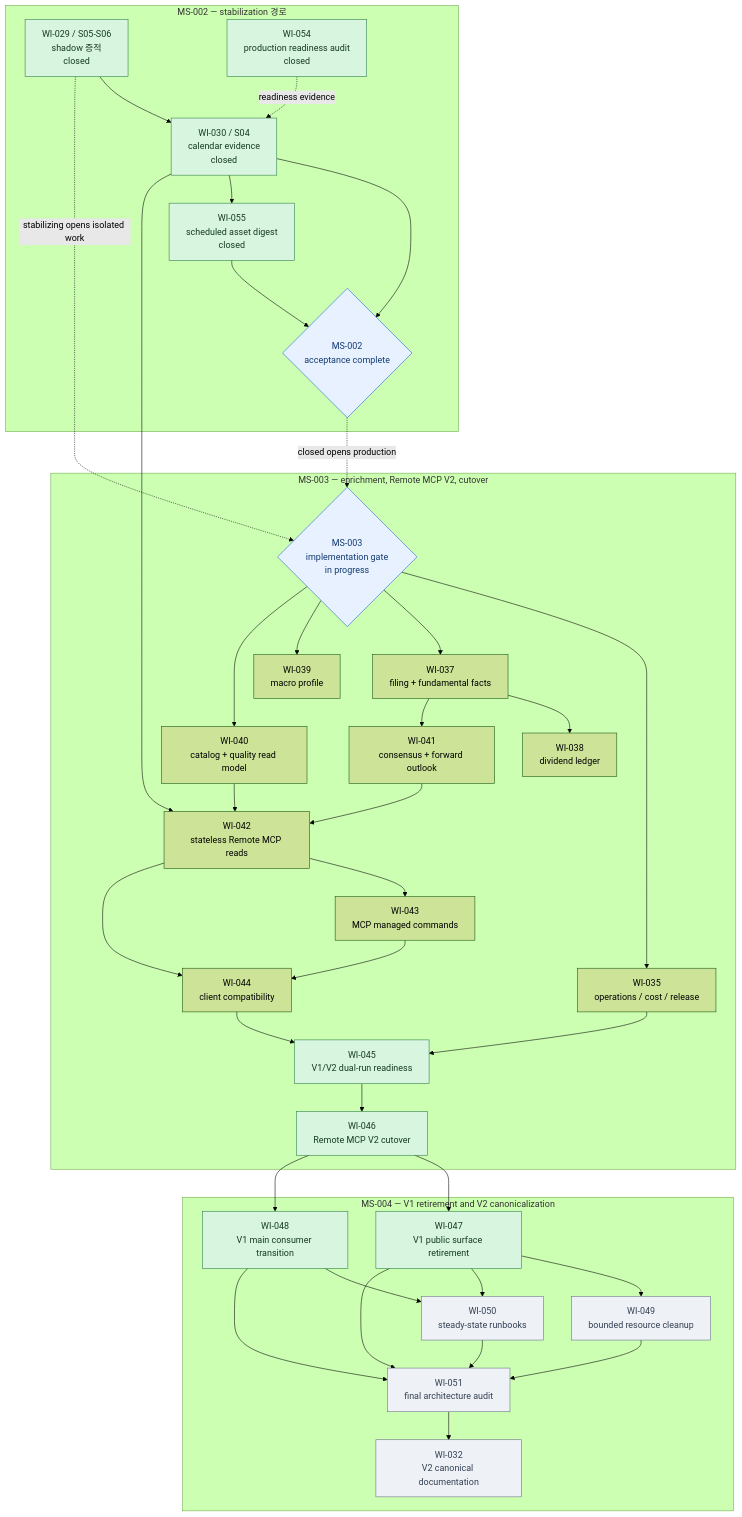
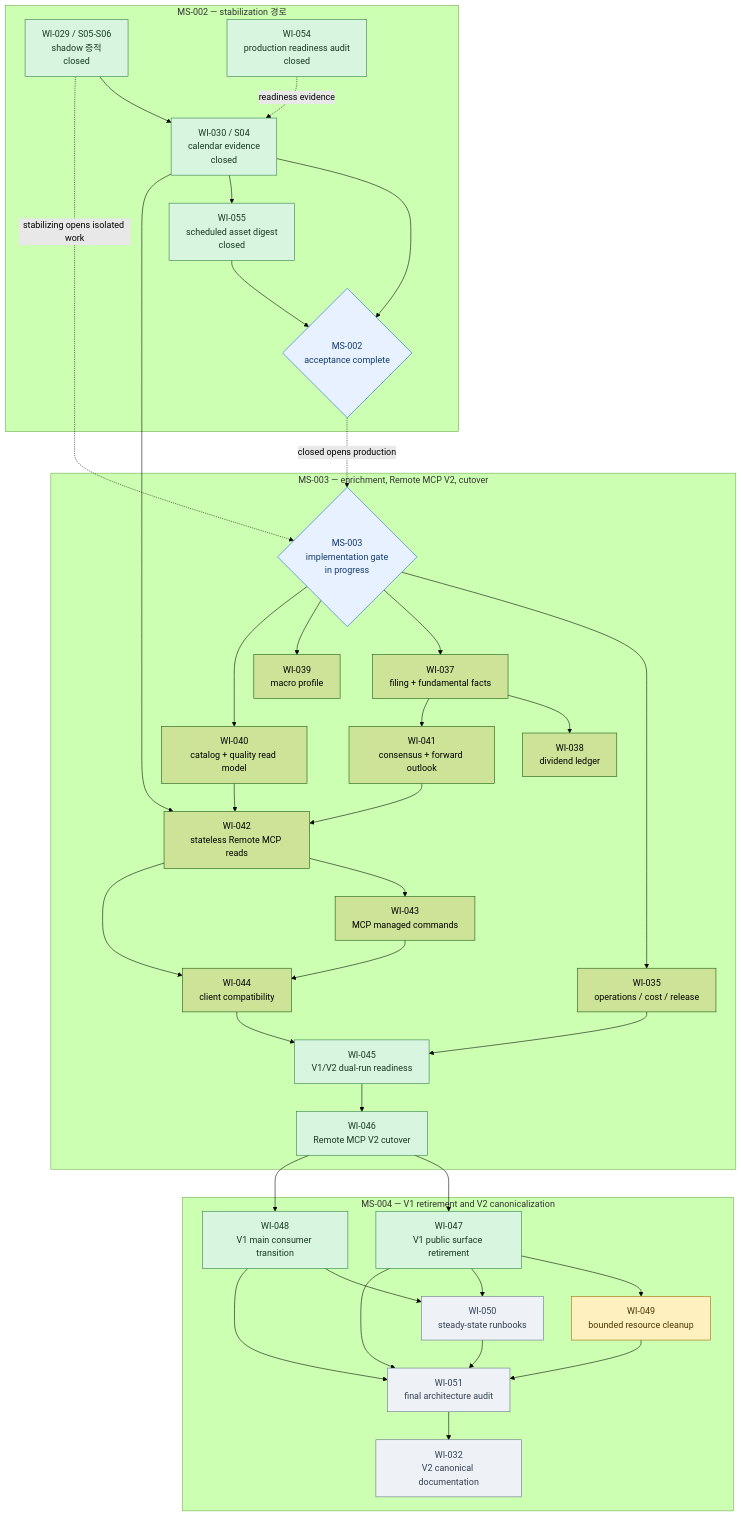
The third of 3 diagrams in docs/milestones/README.md (meringue5/KIS_Portfolio_MCP), drawn with Mermaid (forest theme) before and after one commit. The commit also changed other lines of this file and 11 other files, not shown here.

````diff
--- a/docs/milestones/README.md
+++ b/docs/milestones/README.md
@@ -142,80 +142,81 @@
 ```mermaid
 flowchart TB
     subgraph M2["MS-002 — stabilization 경로"]
         W29["WI-029 / S05-S06<br/>shadow 증적<br/>closed"]
         W30["WI-030 / S04<br/>calendar evidence<br/>closed"]
         W54["WI-054<br/>production readiness audit<br/>closed"]
         W55["WI-055<br/>scheduled asset digest<br/>closed"]
         M2DONE{"MS-002<br/>acceptance complete"}
         W29 --> W30 --> M2DONE
         W30 --> W55 --> M2DONE
         W54 -. readiness evidence .-> W30
     end
 
     subgraph M3["MS-003 — enrichment, Remote MCP V2, cutover"]
         M3OPEN{"MS-003<br/>implementation gate<br/>in progress"}
         W35["WI-035<br/>operations / cost / release"]
         W37["WI-037<br/>filing + fundamental facts"]
         W38["WI-038<br/>dividend ledger"]
         W39["WI-039<br/>macro profile"]
         W40["WI-040<br/>catalog + quality read model"]
         W41["WI-041<br/>consensus + forward outlook"]
         W42["WI-042<br/>stateless Remote MCP reads"]
         W43["WI-043<br/>MCP managed commands"]
         W44["WI-044<br/>client compatibility"]
         W45["WI-045<br/>V1/V2 dual-run readiness"]
         W46["WI-046<br/>Remote MCP V2 cutover"]
 
         M3OPEN --> W35
         M3OPEN --> W37
         M3OPEN --> W39
         M3OPEN --> W40
         W37 --> W38
         W37 --> W41
         W30 --> W42
         W40 --> W42
         W41 --> W42
         W42 --> W43
         W42 --> W44
         W43 --> W44
         W35 --> W45
         W44 --> W45 --> W46
     end
 
     subgraph M4["MS-004 — V1 retirement and V2 canonicalization"]
         W47["WI-047<br/>V1 public surface retirement"]
         W48["WI-048<br/>V1 main consumer transition"]
         W49["WI-049<br/>bounded resource cleanup"]
         W50["WI-050<br/>steady-state runbooks"]
         W51["WI-051<br/>final architecture audit"]
         W32["WI-032<br/>V2 canonical documentation"]
 
         W46 --> W47
         W46 --> W48
         W47 --> W49
         W47 --> W50
         W48 --> W50
         W47 --> W51
         W48 --> W51
         W49 --> W51
         W50 --> W51
         W51 --> W32
     end
 
     W29 -. stabilizing opens isolated work .-> M3OPEN
     M2DONE -. closed opens production .-> M3OPEN
 
     classDef active fill:#fff1bf,stroke:#9a6b00,color:#4b3500;
     classDef closed fill:#d7f5df,stroke:#2d7a46,color:#173b24;
     classDef ready fill:#e8f1ff,stroke:#175cd3,color:#123b72;
     classDef blocked fill:#fde2e2,stroke:#b42318,color:#5b1712;
     classDef proposed fill:#eef1f5,stroke:#667085,color:#344054;
     classDef gate fill:#e8f1ff,stroke:#175cd3,color:#123b72;
     class W29,W30,W54,W55 closed;
     class W35,W40 verified;
     class W37,W38,W39,W41,W42,W43,W44 verified;
     class W45 closed;
     class W46,W47,W48 closed;
-    class W49,W50,W51,W32 proposed;
+    class W49 active;
+    class W50,W51,W32 proposed;
     class M2DONE,M3OPEN gate;
 ```
````
